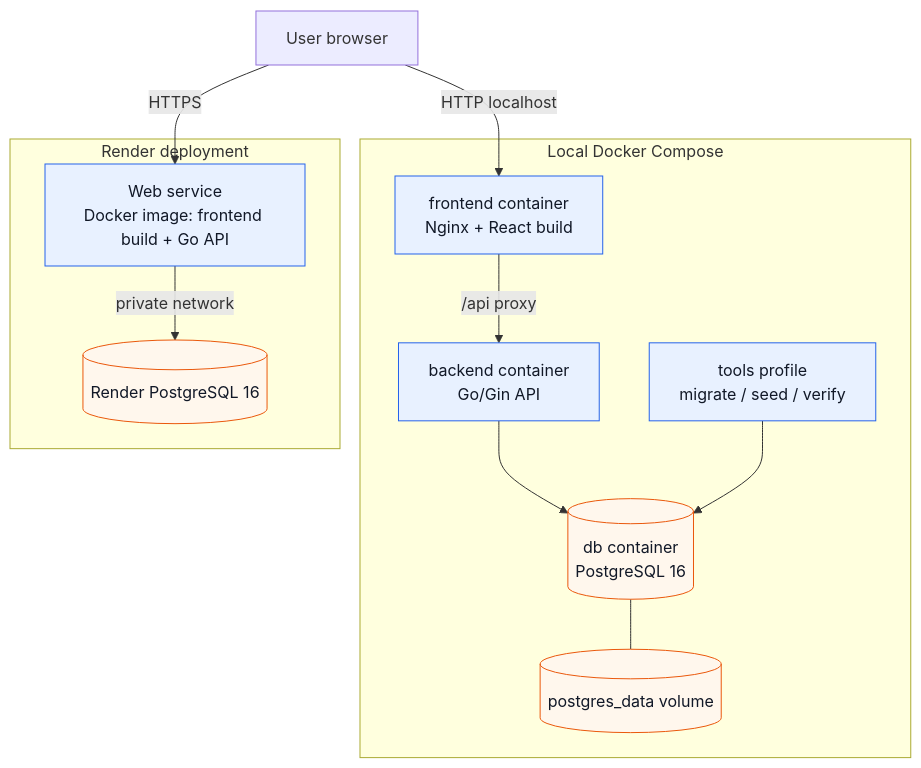
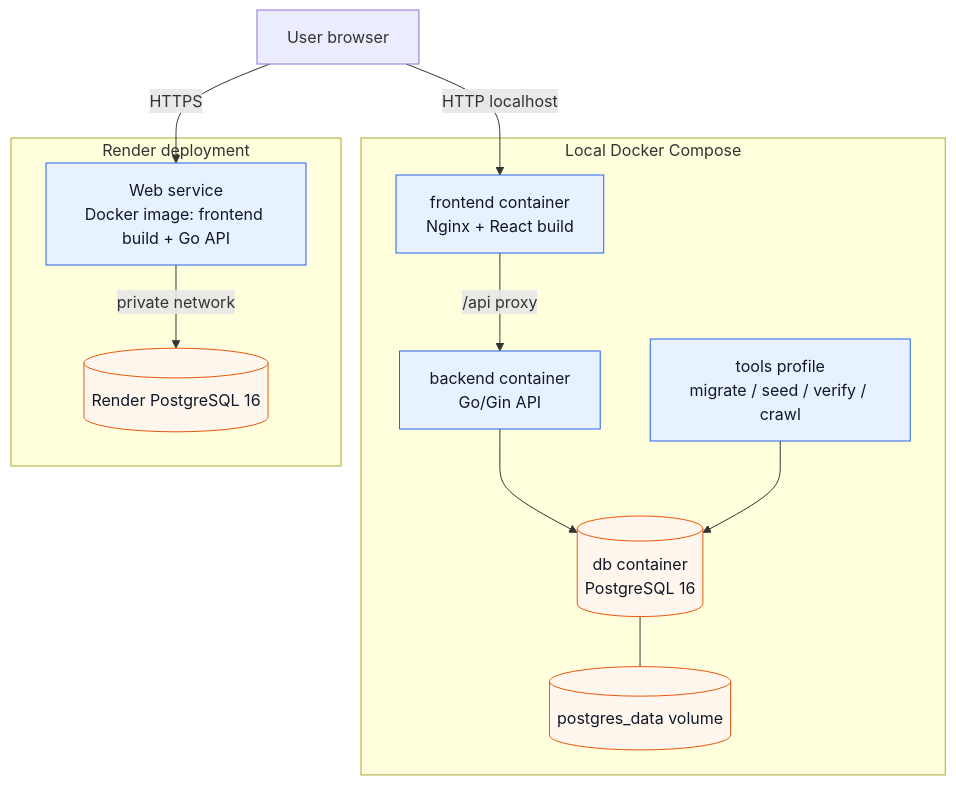
One commit to Akapi895/course-registration changed the diagram in docs/diagrams/deployment/deployment.mmd. Above: the diagram before and after it, drawn with Mermaid. The commit also changed 8 other files, not shown here.

Commit message:
docs: align diagrams with 12 API endpoints and exact schema constraints

```diff
--- a/docs/diagrams/deployment/deployment.mmd
+++ b/docs/diagrams/deployment/deployment.mmd
@@ -1,30 +1,30 @@
 flowchart TB
     user[User browser]
 
     subgraph local[Local Docker Compose]
         local_frontend[frontend container\nNginx + React build]
         local_backend[backend container\nGo/Gin API]
         local_db[(db container\nPostgreSQL 16)]
-        local_tools[tools profile\nmigrate / seed / verify]
+        local_tools[tools profile\nmigrate / seed / verify / crawl]
         volume[(postgres_data volume)]
 
         local_frontend -->|/api proxy| local_backend
         local_backend --> local_db
         local_tools --> local_db
         local_db --- volume
     end
 
     subgraph render[Render deployment]
         web[Web service\nDocker image: frontend build + Go API]
         render_db[(Render PostgreSQL 16)]
 
         web -->|private network| render_db
     end
 
     user -->|HTTP localhost| local_frontend
     user -->|HTTPS| web
 
     classDef runtime fill:#e8f1ff,stroke:#2563eb,color:#111827
     classDef data fill:#fff7ed,stroke:#ea580c,color:#111827
     class local_frontend,local_backend,local_tools,web runtime
     class local_db,volume,render_db data
```
